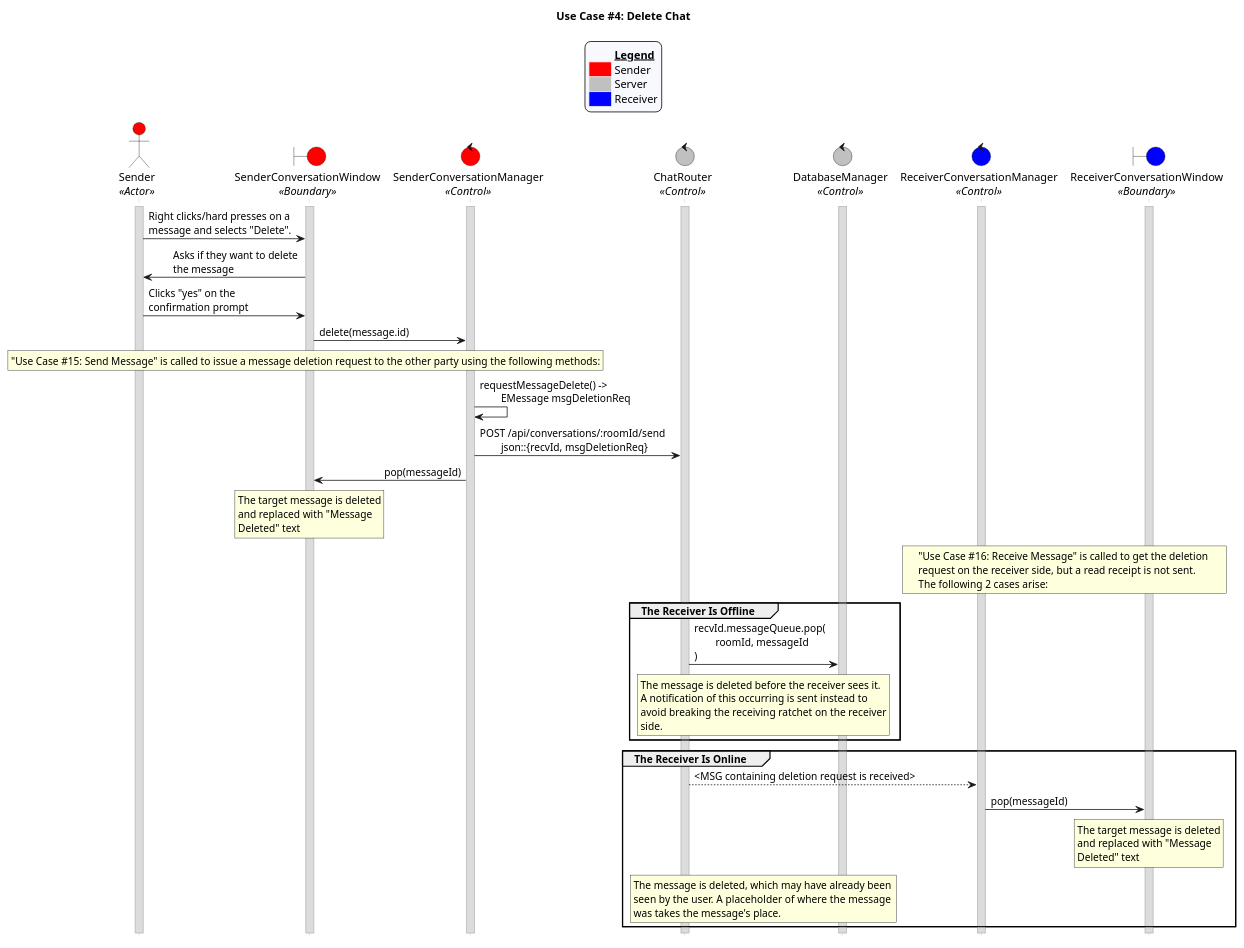
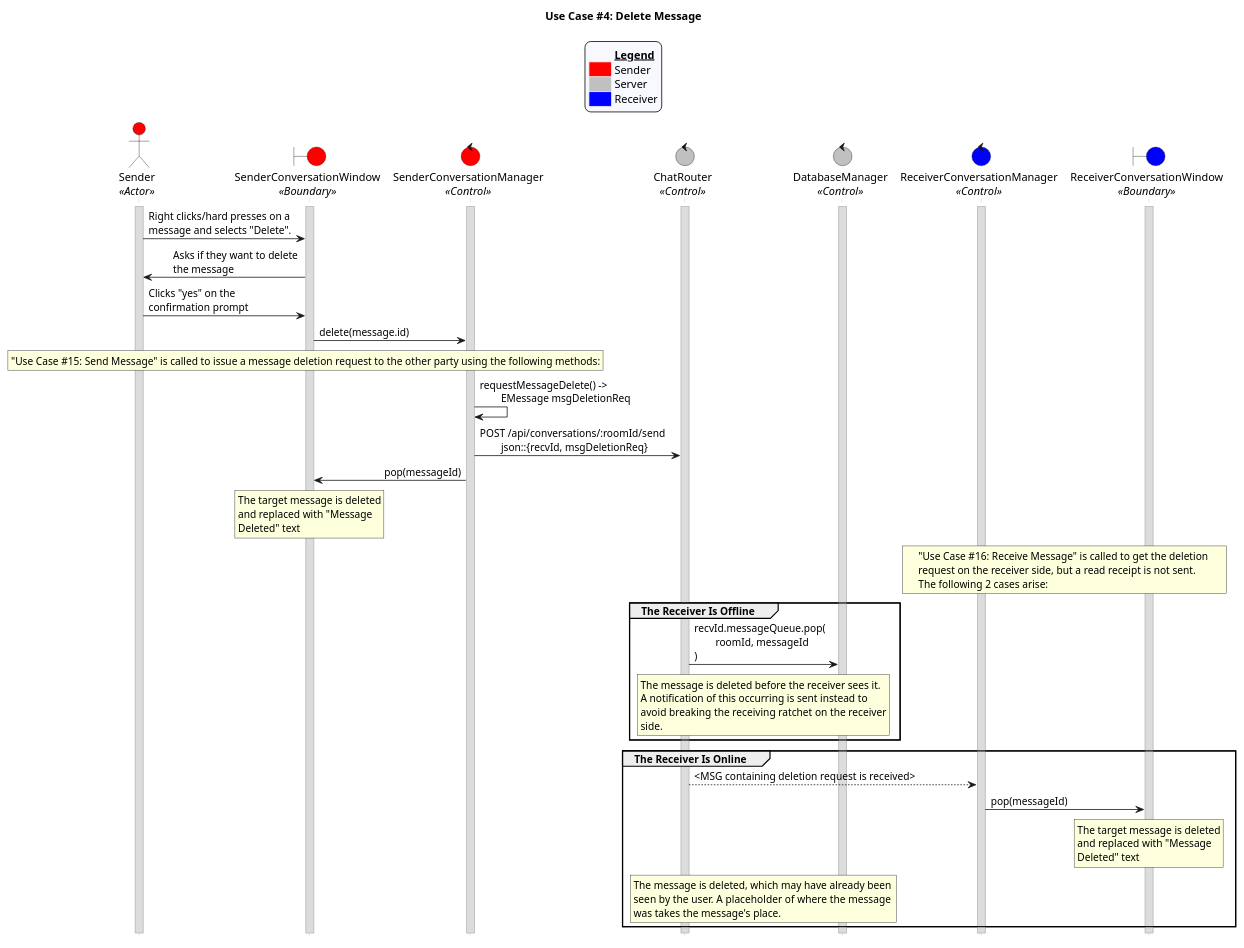
The diagram in uc_04.puml (CECS-491-SP24-Group-1/seq-diagrams), drawn with PlantUML before and after one commit.

Commit message:
Change name of uc04

```diff
--- a/uc_04.puml
+++ b/uc_04.puml
@@ -1,105 +1,105 @@
 @startuml uc04
-title "Use Case #4: Delete Chat"
+title "Use Case #4: Delete Message"
 
 'Styling goes here
 hide footbox
 skinparam stereotypePosition bottom
 skinparam sequenceMessageAlign direction
 skinparam sequence {
 	LifeLineBorderColor #Silver
 	LifeLineBackgroundColor #Gainsboro
 }
 
 'Add a legend plus styling
 skinparam legend {
 	backgroundColor #GhostWhite
 	entrySeparator #GhostWhite
 }
 
 legend top
 	<#GhostWhite,#GhostWhite>|	|= __Legend__ |
 	|<#red> | Sender|
 	|<#silver> | Server|
 	|<#blue> | Receiver|
 endlegend
 
 'Setup the objects involved here
 actor Sender as s <<Actor>> #red
 boundary SenderConversationWindow as scw <<Boundary>> #red
 control SenderConversationManager as scm <<Control>> #red
 control ChatRouter as cr <<Control>> #silver
 control DatabaseManager as db <<Control>> #silver
 control ReceiverConversationManager as rcm <<Control>> #blue
 boundary ReceiverConversationWindow as rcw <<Boundary>> #blue
 
 'Setup persistent objects here
 activate s
 activate scw
 activate scm
 activate cr
 activate db
 activate rcm
 activate rcw
 
 '--- FLOW OF CONTROL STARTS HERE ---
 'User right clicks/hard presses on a message to open up its menu and selects delete.
 s -> scw: Right clicks/hard presses on a \nmessage and selects "Delete".
 scw -> s: Asks if they want to delete \nthe message
 s -> scw: Clicks "yes" on the \nconfirmation prompt
 scw -> scm: delete(message.id)
 
 'The user’s device creates a deletion request for the other user and calls Use Case 15: Send Chat to pass the request to the other party.
 rnote over s, scm
 	"Use Case #15: Send Message" is called to issue a message deletion request to the other party using the following methods:
 endrnote
 scm -> scm: requestMessageDelete() -> \n\tEMessage msgDeletionReq
 scm -> cr: POST /api/conversations/:roomId/send \n\tjson::{recvId, msgDeletionReq}
 
 'The message is removed from the sender's conversation window.
 scm -> scw: pop(messageId)
 rnote over scw
 	The target message is deleted
 	and replaced with "Message 
 	Deleted" text
 endrnote
 
 '===================== receiver's turn to act
 
 'The responding user receives the chat via Use Case 16: Receive Chat and detects the message deletion request.
 rnote over rcw, rcm
 	"Use Case #16: Receive Message" is called to get the deletion 
 	request on the receiver side, but a read receipt is not sent.
 	The following 2 cases arise:
 endrnote
 
 'The message deletion request is honored by the server if the user is offline.
 group The Receiver Is Offline
 	'The server pops the message off the queue and it's skipped.
 	cr -> db: recvId.messageQueue.pop(\n\troomId, messageId\n)
 	rnote over cr, db
 		The message is deleted before the receiver sees it.
 		A notification of this occurring is sent instead to
 		avoid breaking the receiving ratchet on the receiver
 		side.
 	endrnote
 end
 
 'The message deletion request is honored by the receiver if the user is online.
 group The Receiver Is Online
 	'The receiver pops the message off the chat log.
 	cr --> rcm: <MSG containing deletion request is received>
 	rcm -> rcw: pop(messageId)
 	rnote over rcw
 		The target message is deleted
 		and replaced with "Message 
 		Deleted" text
 	endrnote
 	rnote over cr, db
 		The message is deleted, which may have already been 
 		seen by the user. A placeholder of where the message
 		was takes the message's place.
 	endrnote
 end
 '--- FLOW OF CONTROL ENDS HERE   ---
 
 @enduml
```
